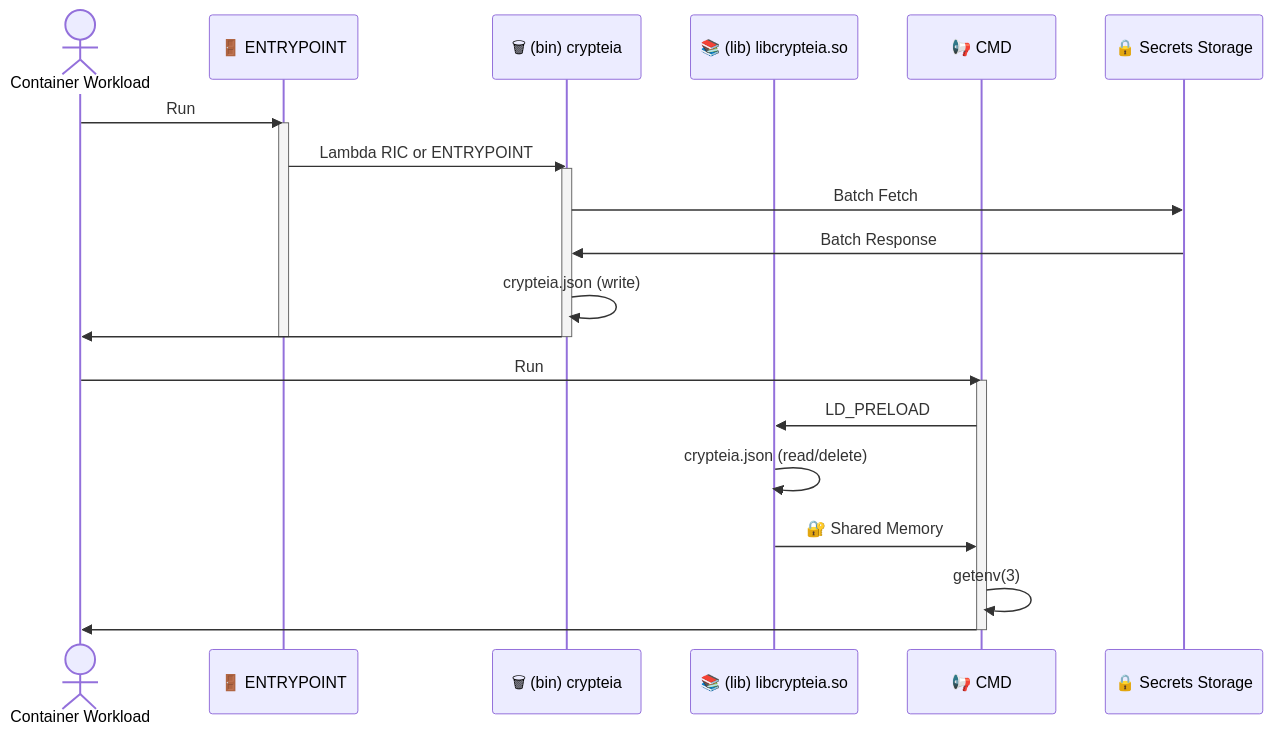
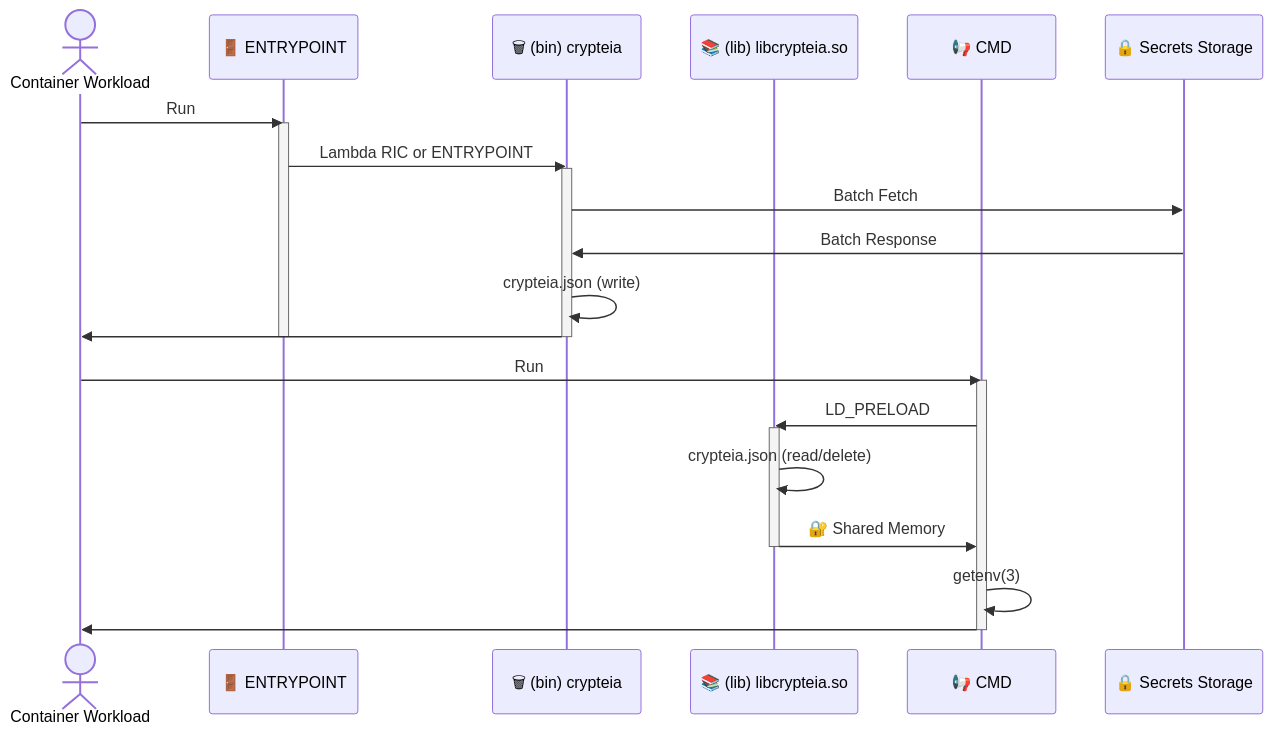
One commit to rails-lambda/crypteia changed the diagram in README.md. Above: the diagram before and after it, drawn with Mermaid. The commit also changed other lines of this file, not shown here.

Commit message:
Activate/Deactivate LIB

````diff
--- a/README.md
+++ b/README.md
@@ -40,27 +40,29 @@
 ```mermaid
 sequenceDiagram
   actor WRK as Container Workload
   participant ENT as 🚪 ENTRYPOINT
   participant BIN as 🗑 (bin) crypteia
   participant LIB as 📚 (lib) libcrypteia.so
   participant CMD as 📢 CMD
   participant AWS as 🔒 Secrets Storage
   WRK->>ENT: Run
   activate ENT
   ENT->>BIN: Lambda RIC or ENTRYPOINT
   activate BIN
   BIN->>AWS: Batch Fetch
   AWS->>BIN: Batch Response
   BIN->>BIN: crypteia.json (write)
   BIN->>WRK: 
   deactivate BIN
   deactivate ENT
   WRK->>CMD: Run
   activate CMD
   CMD->>LIB: LD_PRELOAD
+  activate LIB
   LIB->>LIB: crypteia.json (read/delete)
   LIB->>CMD: 🔐 Shared Memory
+  deactivate LIB
   CMD->>CMD: getenv(3)
   CMD->>WRK: 
   deactivate CMD
 ```
````
